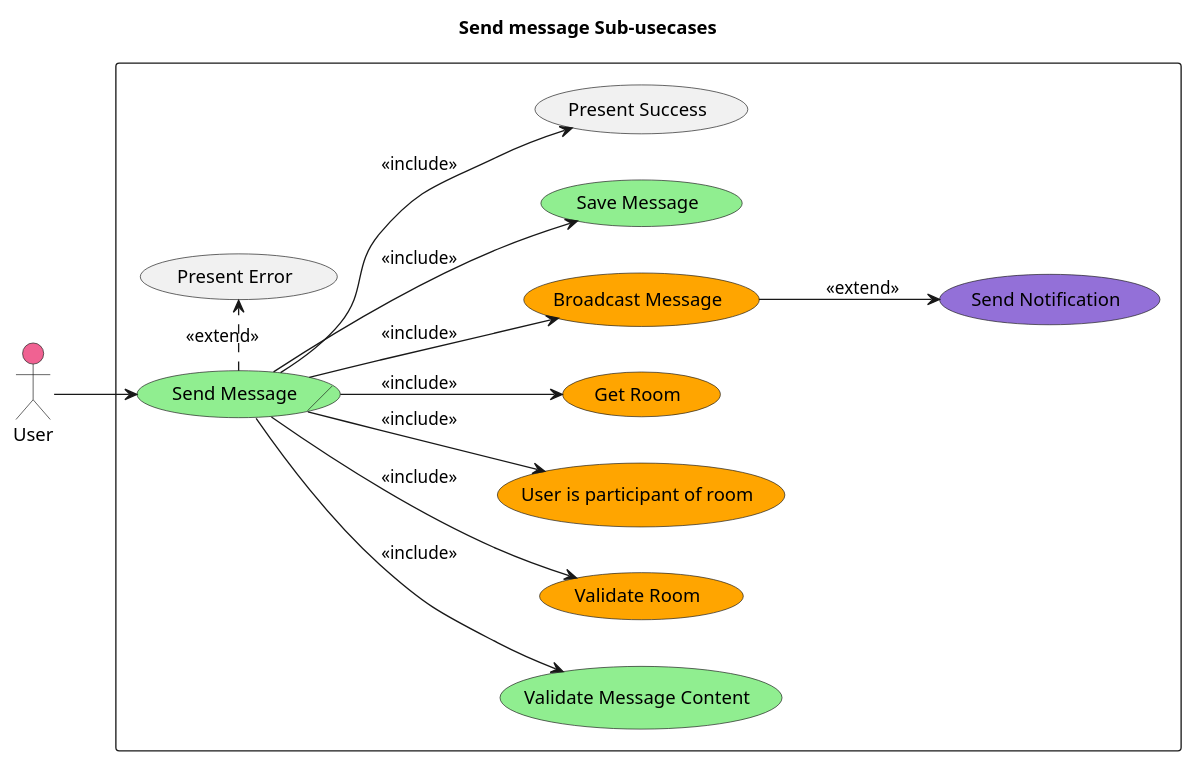
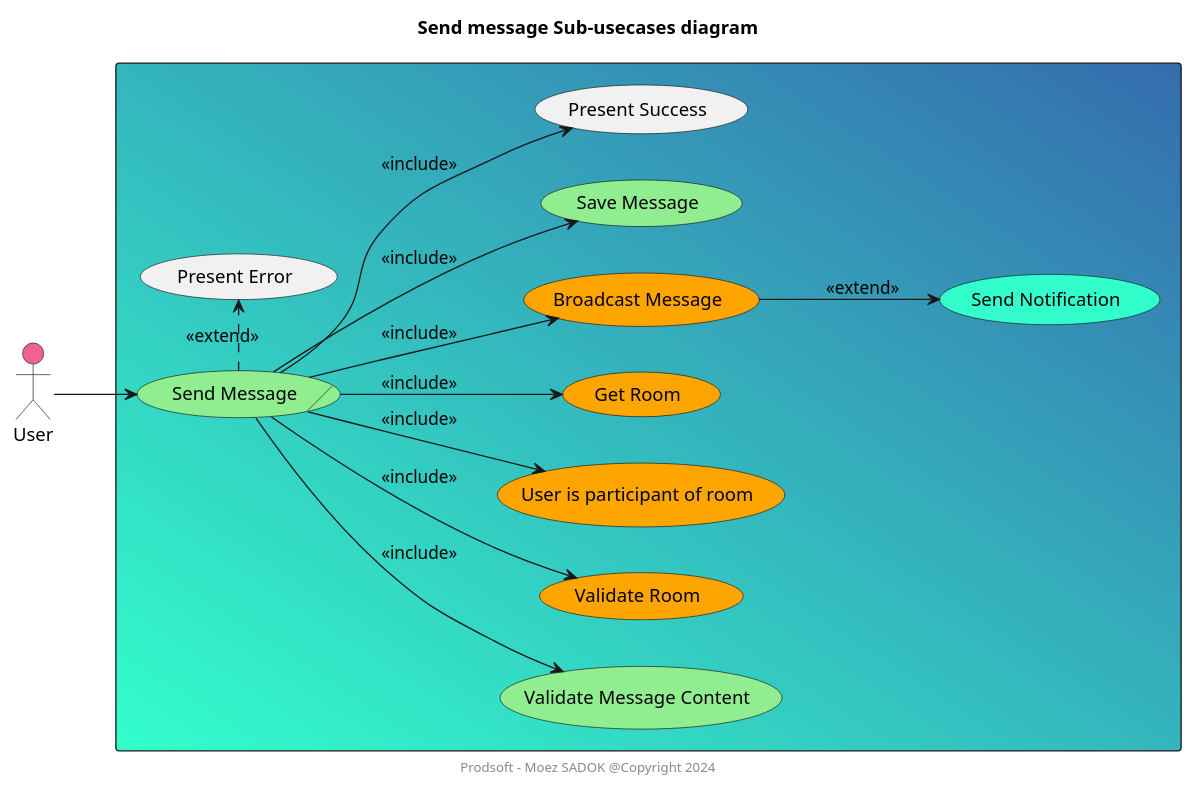
The diagram in docs/features/send-message/send-message-sub-usecases.wsd (moez-sadok/chat-clean-architecture), drawn with PlantUML before and after one commit. The commit also changed 32 other files, not shown here.

Commit message:
[Docs] enhance add diagrams and readme files v1

```diff
--- a/docs/features/send-message/send-message-sub-usecases.wsd
+++ b/docs/features/send-message/send-message-sub-usecases.wsd
@@ -1,31 +1,33 @@
 @startuml
+
 left to right direction
-title Send message Sub-usecases
-' Use Case Diagram for Send Message Feature
+title Send message Sub-usecases diagram
+footer Prodsoft - Moez SADOK @Copyright 2024
 
 actor User #F06292
-rectangle  {
+
+rectangle #33FFCC\356CAE {
     usecase/ "Send Message" as UC_SendMessage #LightGreen
     usecase "Validate Message Content" as UC_ValidateContent #LightGreen
     usecase "Validate Room" as UC_ValidateRoom #Orange
     usecase "User is participant of room" as UC_ValidateUser #Orange
     usecase "Get Room" as UC_GetRoom #Orange
     usecase "Broadcast Message" as UC_BroadcastMessage #Orange
-    usecase "Send Notification" as UC_SendNotification #MediumPurple
+    usecase "Send Notification" as UC_SendNotification #33FFCC
     usecase "Save Message" as UC_SaveMessage #LightGreen
     usecase "Present Success" as UC_PresentSuccess
     usecase "Present Error" as UC_PresentError
 }
 
 User --> UC_SendMessage
 UC_SendMessage --> UC_ValidateContent : <<include>>
 UC_SendMessage --> UC_ValidateRoom : <<include>>
 UC_SendMessage --> UC_ValidateUser : <<include>>
 UC_SendMessage --> UC_GetRoom : <<include>>
 UC_SendMessage --> UC_BroadcastMessage : <<include>>
 UC_BroadcastMessage --> UC_SendNotification : <<extend>>
 UC_SendMessage --> UC_SaveMessage : <<include>>
 UC_SendMessage --> UC_PresentSuccess : <<include>>
 UC_SendMessage .> UC_PresentError : <<extend>>
 
 @enduml
```
